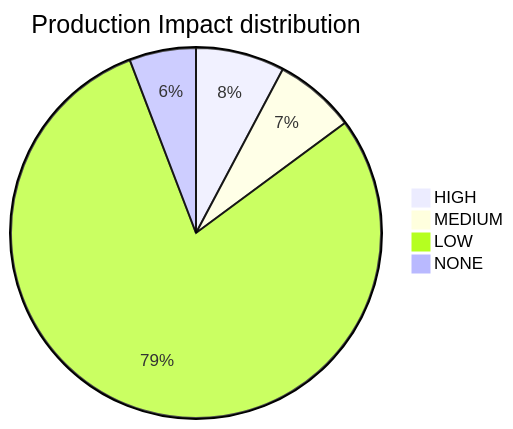
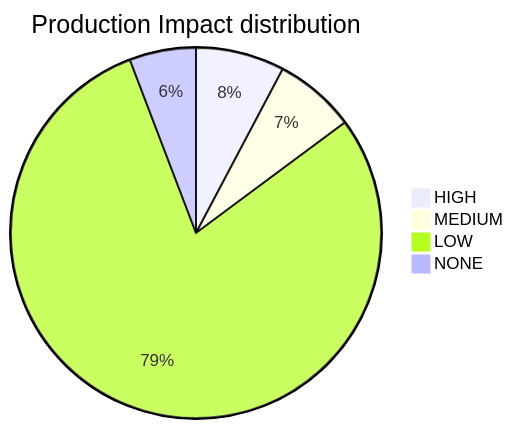
One commit to mikeybeezy/goldenpath-idp-infra changed the diagram in PLATFORM_HEALTH.md. Above: the diagram before and after it, drawn with Mermaid. The commit also changed other lines of this file, not shown here.

````diff
--- a/PLATFORM_HEALTH.md
+++ b/PLATFORM_HEALTH.md
@@ -55,7 +55,7 @@
 ```mermaid
 pie title Production Impact distribution
     "HIGH" : 36
     "MEDIUM" : 33
-    "LOW" : 368
+    "LOW" : 369
     "NONE" : 27
 ```
````
